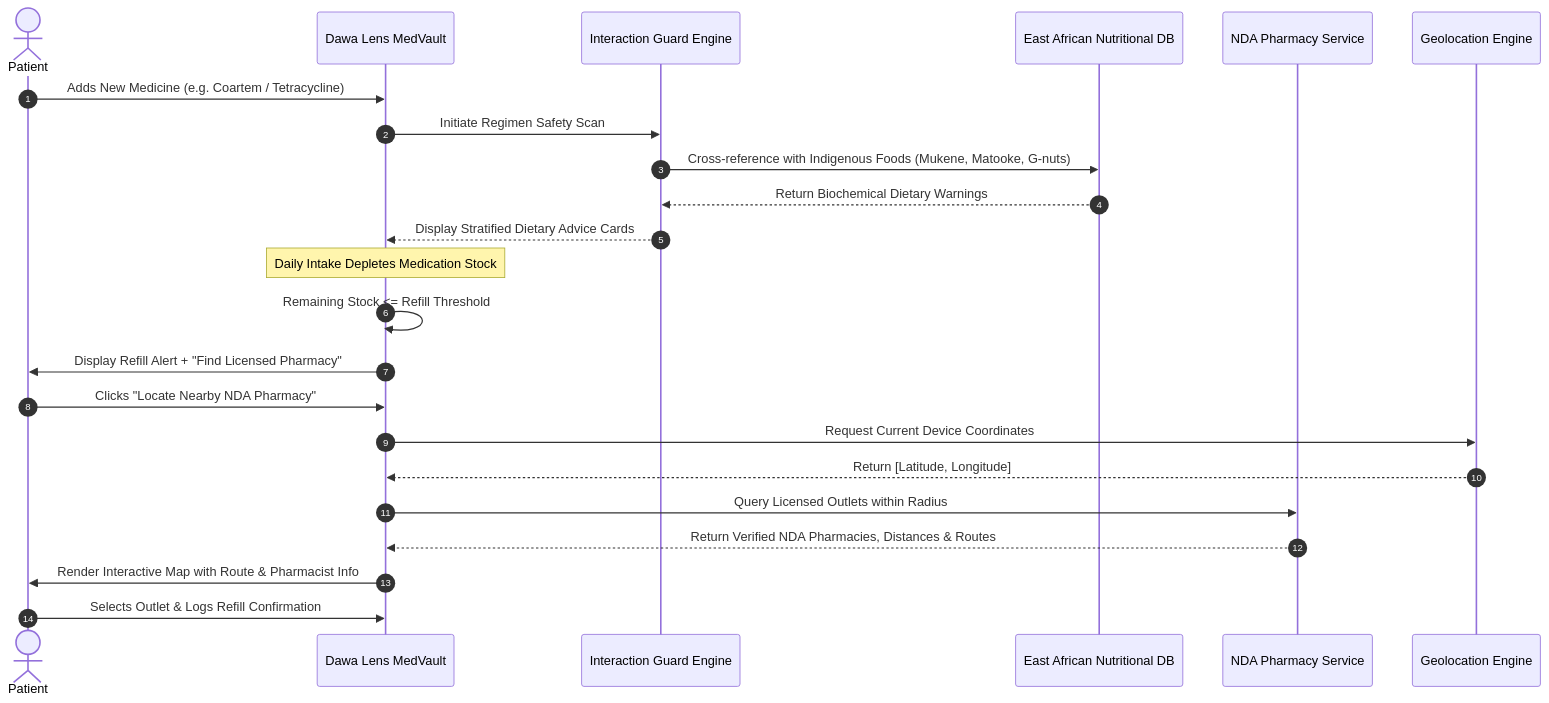
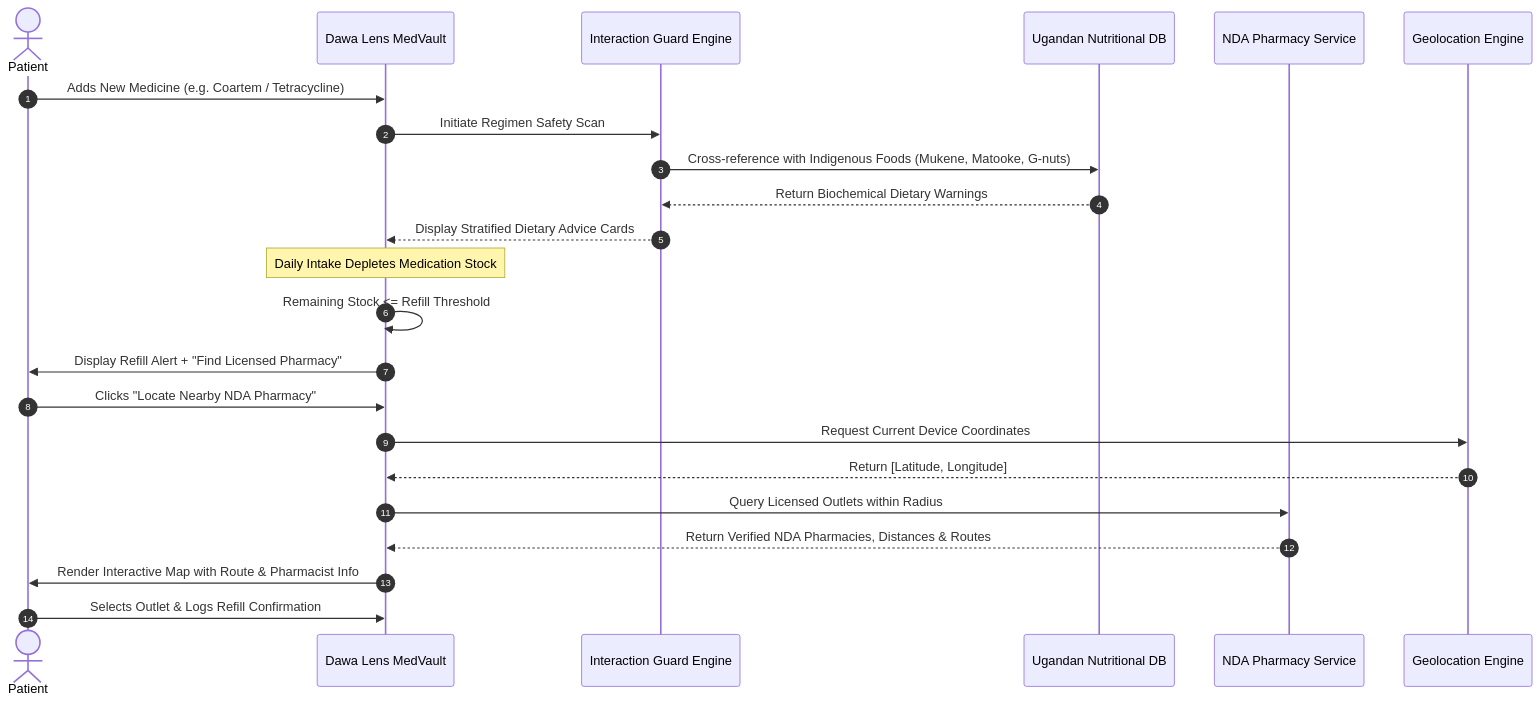
One commit to EmmahOwens/dawa-lens changed the fourth of 5 diagrams in project_proposal.md. Above: the diagram before and after it, drawn with Mermaid. The commit also changed other lines of this file and 24 other files, not shown here.

````diff
--- a/project_proposal.md
+++ b/project_proposal.md
@@ -481,28 +481,28 @@
 ```mermaid
 sequenceDiagram
     autonumber
     actor User as Patient
     participant App as Dawa Lens MedVault
     participant Guard as Interaction Guard Engine
-    participant FoodDB as East African Nutritional DB
+    participant FoodDB as Ugandan Nutritional DB
     participant NDAService as NDA Pharmacy Service
     participant GPS as Geolocation Engine
 
     User->>App: Adds New Medicine (e.g. Coartem / Tetracycline)
     App->>Guard: Initiate Regimen Safety Scan
     Guard->>FoodDB: Cross-reference with Indigenous Foods (Mukene, Matooke, G-nuts)
     FoodDB-->>Guard: Return Biochemical Dietary Warnings
     Guard-->>App: Display Stratified Dietary Advice Cards
     
     Note over App: Daily Intake Depletes Medication Stock
     App->>App: Remaining Stock <= Refill Threshold
     App->>User: Display Refill Alert + "Find Licensed Pharmacy"
     
     User->>App: Clicks "Locate Nearby NDA Pharmacy"
     App->>GPS: Request Current Device Coordinates
     GPS-->>App: Return [Latitude, Longitude]
     App->>NDAService: Query Licensed Outlets within Radius
     NDAService-->>App: Return Verified NDA Pharmacies, Distances & Routes
     App->>User: Render Interactive Map with Route & Pharmacist Info
     User->>App: Selects Outlet & Logs Refill Confirmation
 ```
````
